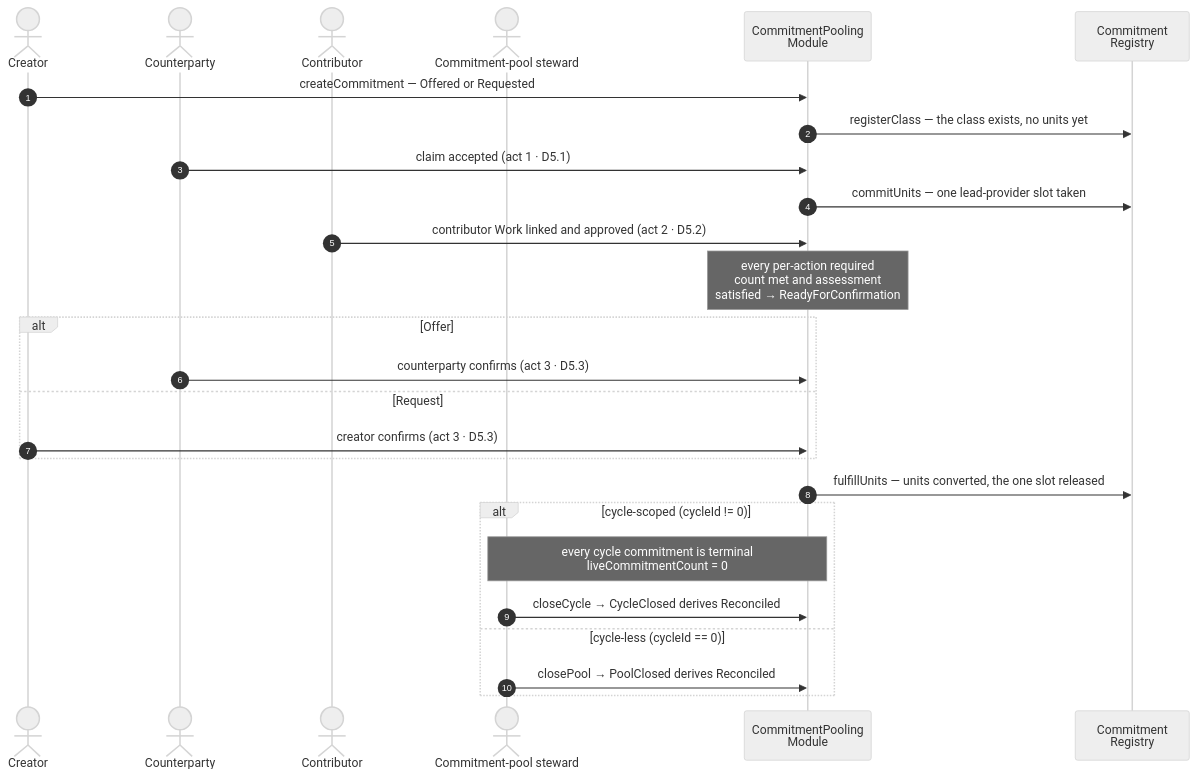
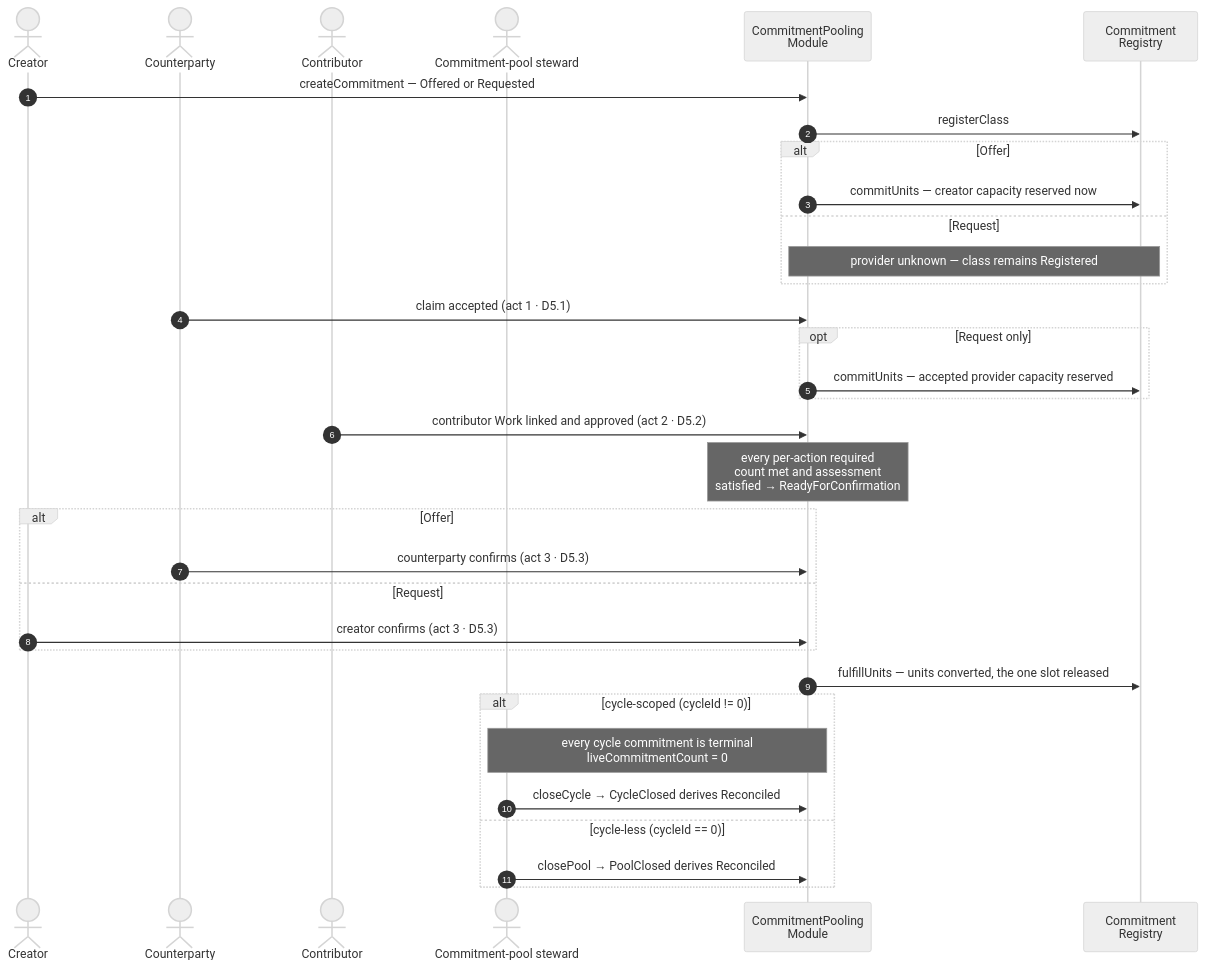
One commit to greenpill-dev-guild/green-goods changed the fifth of 40 diagrams in .plans/active/commitment-pooling/diagrams.md. Above: the diagram before and after it, drawn with Mermaid (neutral theme). The commit also changed other lines of this file and 19 other files, not shown here.

````diff
--- a/.plans/active/commitment-pooling/diagrams.md
+++ b/.plans/active/commitment-pooling/diagrams.md
@@ -441,29 +441,36 @@
 ```mermaid
 sequenceDiagram
   autonumber
   actor A as Creator
   actor B as Counterparty
   actor C as Contributor
   actor OP as Commitment-pool steward
   participant M as CommitmentPooling<br/>Module
   participant R as Commitment<br/>Registry
 
   A->>M: createCommitment — Offered or Requested
-  M->>R: registerClass — the class exists, no units yet
+  M->>R: registerClass
+  alt Offer
+    M->>R: commitUnits — creator capacity reserved now
+  else Request
+    Note over M,R: provider unknown — class remains Registered
+  end
   B->>M: claim accepted (act 1 · D5.1)
-  M->>R: commitUnits — one lead-provider slot taken
+  opt Request only
+    M->>R: commitUnits — accepted provider capacity reserved
+  end
   C->>M: contributor Work linked and approved (act 2 · D5.2)
   Note over M: every per-action required<br/>count met and assessment<br/>satisfied → ReadyForConfirmation
   alt Offer
     B->>M: counterparty confirms (act 3 · D5.3)
   else Request
     A->>M: creator confirms (act 3 · D5.3)
   end
   M->>R: fulfillUnits — units converted, the one slot released
   alt cycle-scoped (cycleId != 0)
     Note over OP,M: every cycle commitment is terminal<br/>liveCommitmentCount = 0
     OP->>M: closeCycle → CycleClosed derives Reconciled
   else cycle-less (cycleId == 0)
     OP->>M: closePool → PoolClosed derives Reconciled
   end
 ```
````
